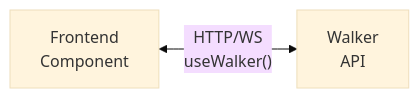
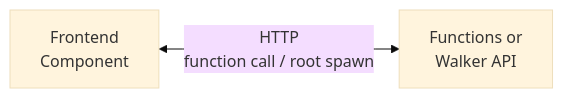
The diagram in jac-gpt/server/docs/tutorials/fullstack/backend.md (chrstophr/Agentic-AI), drawn with Mermaid (base theme) before and after one commit. The commit also changed other lines of this file and 73 other files, not shown here.

````diff
--- a/jac-gpt/server/docs/tutorials/fullstack/backend.md
+++ b/jac-gpt/server/docs/tutorials/fullstack/backend.md
@@ -21,4 +21,4 @@
 ```mermaid
 graph LR
-    Frontend["Frontend<br/>Component"] <-- "HTTP/WS<br/>useWalker()" --> Backend["Walker<br/>API"]
+    Frontend["Frontend<br/>Component"] <-- "HTTP<br/>function call / root spawn" --> Backend["Functions or<br/>Walker API"]
 ```
````
